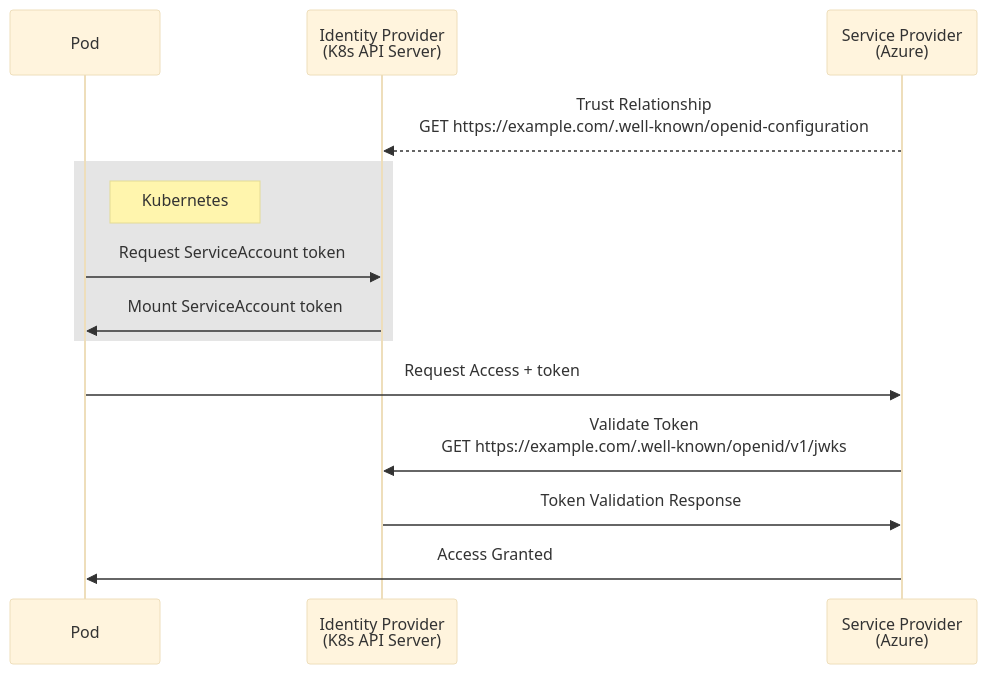
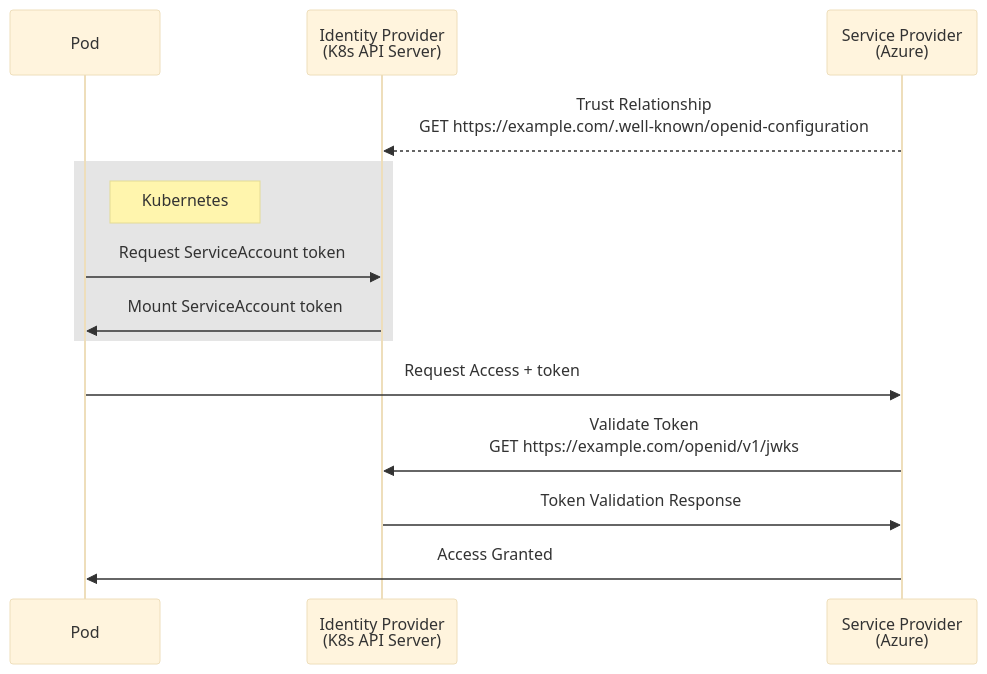
Before and after one commit to developer-friendly/k8s-external-secret-azure-vault: the diagram in README.md, drawn with Mermaid (base theme).

Commit message:
fix: remove welknown from jwks

````diff
--- a/README.md
+++ b/README.md
@@ -20,20 +20,20 @@
 ```mermaid
 sequenceDiagram
     participant pod as Pod
     participant IdP as Identity Provider<br/>(K8s API Server)
     participant sp as Service Provider<br/>(Azure)
 
     sp-->>IdP: Trust Relationship<br/>GET https://example.com/.well-known/openid-configuration
 
     rect rgba(0, 0, 0, 0.1)
     note right of pod: Kubernetes
     pod->>IdP: Request ServiceAccount token
     IdP->>pod: Mount ServiceAccount token
     end
 
     pod->>sp: Request Access + token
 
-    sp->>IdP: Validate Token<br/>GET https://example.com/.well-known/openid/v1/jwks
+    sp->>IdP: Validate Token<br/>GET https://example.com/openid/v1/jwks
     IdP->>sp: Token Validation Response
     sp->>pod: Access Granted
 ```
````
